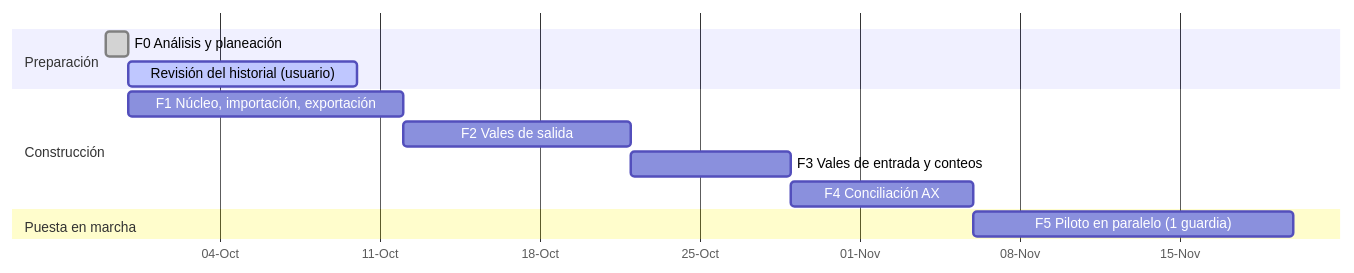
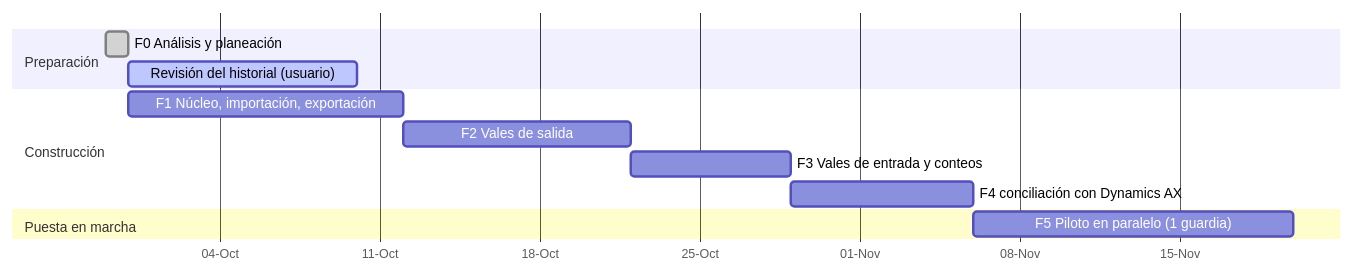
The diagram in docs/08-plan.md (mrketchupp/Control-almacen), drawn with Mermaid before and after one commit. The commit also changed other lines of this file and 45 other files, not shown here.

````diff
--- a/docs/08-plan.md
+++ b/docs/08-plan.md
@@ -5,15 +5,15 @@
 ```mermaid
 gantt
     dateFormat  YYYY-MM-DD
     axisFormat  %d-%b
     section Preparación
     F0 Análisis y planeación          :done,    f0, 2026-09-29, 1d
     Revisión del historial (usuario)  :active,  r0, 2026-09-30, 10d
     section Construcción
     F1 Núcleo, importación, exportación :       f1, 2026-09-30, 12d
     F2 Vales de salida                 :        f2, after f1, 10d
     F3 Vales de entrada y conteos      :        f3, after f2, 7d
-    F4 Conciliación AX                 :        f4, after f3, 8d
+    F4 conciliación con Dynamics AX                 :        f4, after f3, 8d
     section Puesta en marcha
     F5 Piloto en paralelo (1 guardia)  :        f5, after f4, 14d
 ```
````
